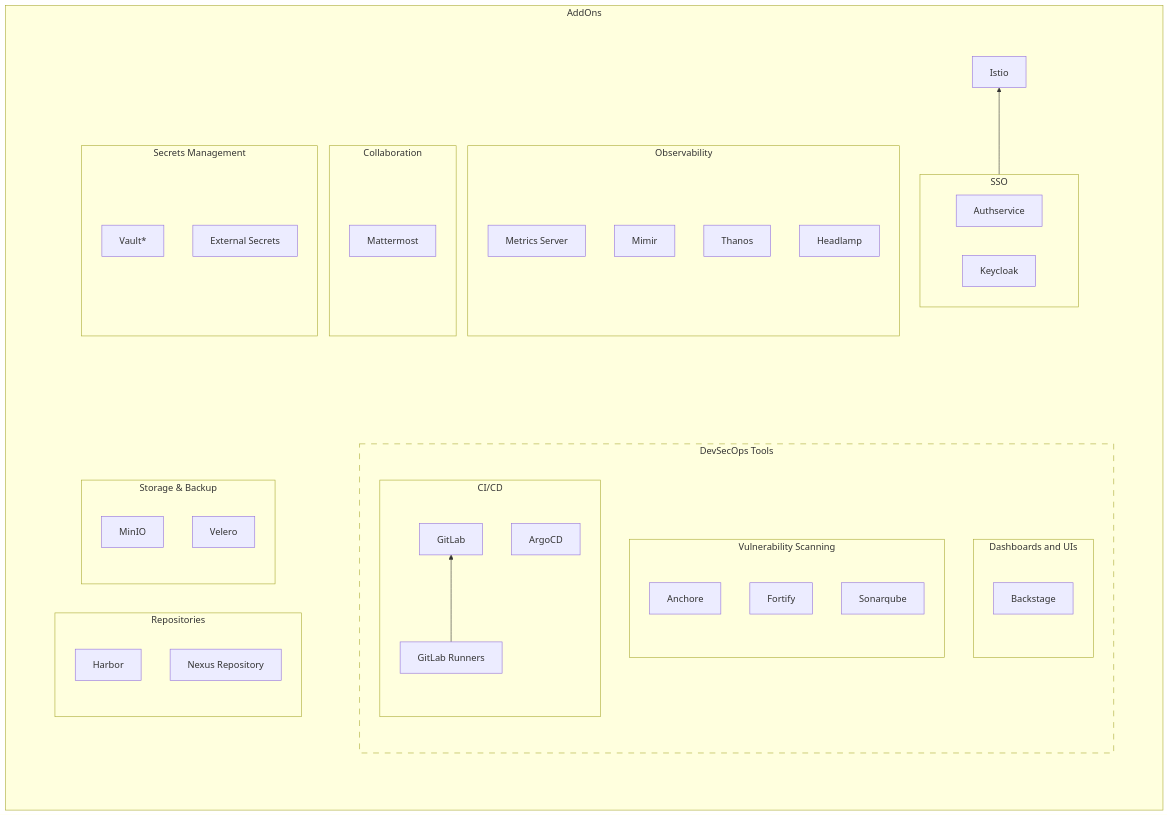
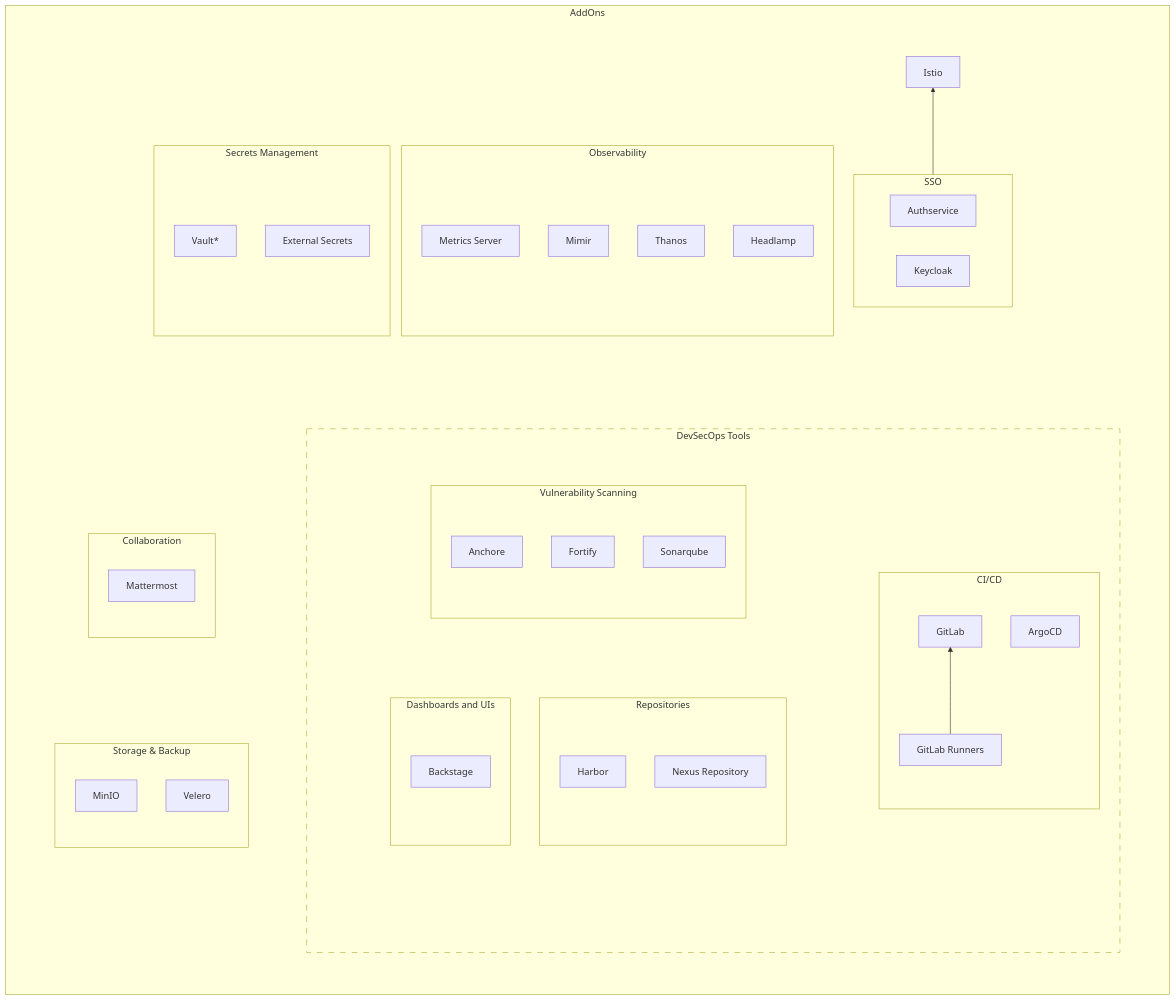
One commit to shebashio/bigbang changed the second of 2 diagrams in docs/understanding-bigbang/package-architecture/README.md. Above: the diagram before and after it, drawn with Mermaid.

Commit message:
repos into devsecops

```diff
--- a/docs/understanding-bigbang/package-architecture/README.md
+++ b/docs/understanding-bigbang/package-architecture/README.md
@@ -119,22 +119,37 @@
 
       subgraph DT[DevSecOps Tools]
       style DT stroke-dasharray: 10 10
-        subgraph UI[Dashboards and UIs]
-        direction BT
-          Backstage
-        end
-        subgraph Scan[Vulnerability Scanning]
-        direction BT
-          Anchore
-          Fortify
-          Sonarqube
-        end
         subgraph ContDeploy[CI/CD]
         direction BT
           GLRunners[GitLab Runners]
           GitLab
           ArgoCD
         end
+        subgraph DT-1[ ]
+          style DT-1 fill:transparent,stroke:transparent
+          direction LR
+          subgraph DT-2[ ]
+            style DT-2 fill:transparent,stroke:transparent
+            direction BT
+            subgraph Repo[Repositories]
+              Harbor
+              Nexus[Nexus Repository]
+            end
+            subgraph UI[Dashboards and UIs]
+              Backstage
+            end
+          end
+          subgraph Scan[Vulnerability Scanning]
+          direction BT
+            Anchore
+            Fortify
+            Sonarqube
+          end
+        end
+      end
+
+      subgraph Collab[Collaboration]
+        Mattermost
       end
 
       subgraph Storage[Storage & Backup]
@@ -143,11 +158,6 @@
         Velero
       end
       
-      subgraph Repo[Repositories]
-      direction BT
-        Harbor
-        Nexus[Nexus Repository]
-      end
     
     end
 
@@ -160,10 +170,6 @@
           Mimir
           Thanos
           Headlamp
-        end
-
-        subgraph Collab[Collaboration]
-          Mattermost
         end
 
         subgraph SM[Secrets Management]
@@ -188,13 +194,13 @@
 
     %% Row 1 Formatters
     Vault ~~~ formattingNode
-    Mattermost ~~~ formattingNode
+    %%Mattermost ~~~ formattingNode
     Metrics ~~~ formattingNode
 
     %%Row 2 Formatters
     Row2 ~~~ Row1
+    Collab ~~~ DT
     Storage ~~~ DT
-    Repo ~~~ DT
 
   end
 
```
